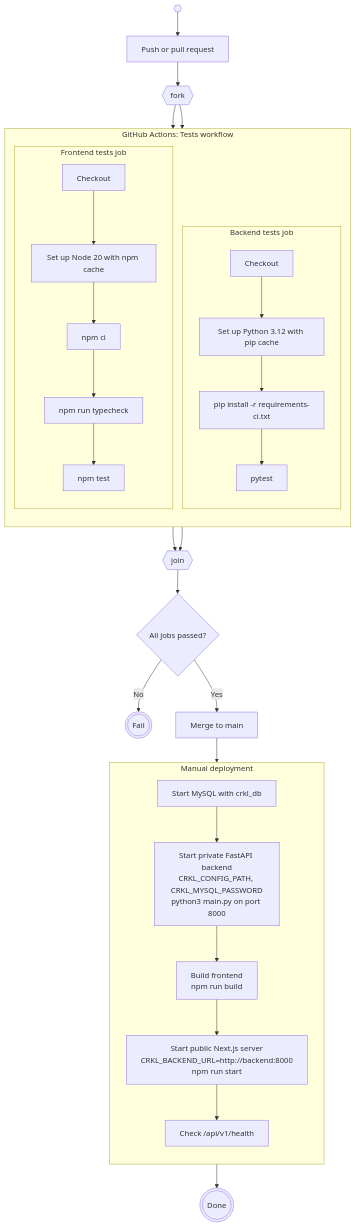
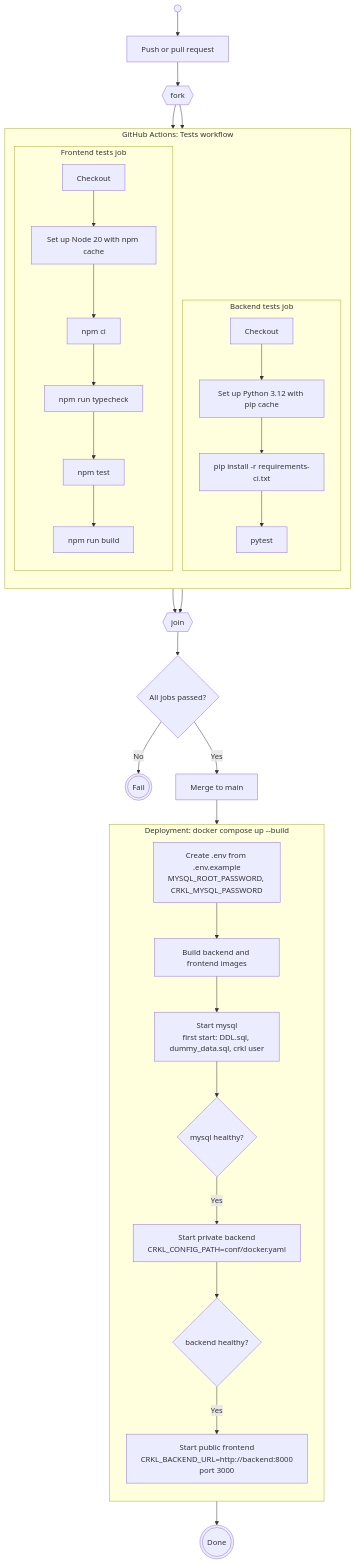
Before and after one commit to CRKL-SDSU/CRKL: the second of 2 diagrams in specs/README.md, drawn with Mermaid. The commit also changed other lines of this file and 1 other file, not shown here.

Commit message:
Drop #23 workaround and document Docker deployment
With the legacy Vite app moved out of frontend/ (#31), the frontend image
no longer needs to exclude it. Update the deploy pipeline diagram: CI now
runs a production build, and deployment uses Docker Compose with health
checks instead of manual steps. Mention scripts/dev.sh for local work.

````diff
--- a/specs/README.md
+++ b/specs/README.md
@@ -37,39 +42,42 @@
 ```mermaid
 flowchart TD
     start(( )) --> trigger[Push or pull request]
     trigger --> fork{{fork}}
 
     subgraph CI["GitHub Actions: Tests workflow"]
         direction TB
         subgraph BE["Backend tests job"]
             be1[Checkout] --> be2[Set up Python 3.12 with pip cache]
             be2 --> be3[pip install -r requirements-ci.txt]
             be3 --> be4[pytest]
         end
         subgraph FE["Frontend tests job"]
             fe1[Checkout] --> fe2[Set up Node 20 with npm cache]
             fe2 --> fe3[npm ci]
             fe3 --> fe4[npm run typecheck]
             fe4 --> fe5[npm test]
+            fe5 --> fe6[npm run build]
         end
     end
 
     fork --> be1
     fork --> fe1
     be4 --> join{{join}}
-    fe5 --> join
+    fe6 --> join
     join --> passed{All jobs passed?}
     passed -- No --> failed((( Fail )))
     passed -- Yes --> merge[Merge to main]
 
-    subgraph Manual["Manual deployment"]
+    subgraph Deploy["Deployment: docker compose up --build"]
         direction TB
-        m1[Start MySQL with crkl_db] --> m2["Start private FastAPI backend<br/>CRKL_CONFIG_PATH, CRKL_MYSQL_PASSWORD<br/>python3 main.py on port 8000"]
-        m2 --> m3["Build frontend<br/>npm run build"]
-        m3 --> m4["Start public Next.js server<br/>CRKL_BACKEND_URL=http://backend:8000<br/>npm run start"]
-        m4 --> m5[Check /api/v1/health]
+        d0["Create .env from .env.example<br/>MYSQL_ROOT_PASSWORD, CRKL_MYSQL_PASSWORD"] --> d1
+        d1["Build backend and frontend images"] --> d2
+        d2["Start mysql<br/>first start: DDL.sql, dummy_data.sql, crkl user"] --> d3{mysql healthy?}
+        d3 -- Yes --> d4["Start private backend<br/>CRKL_CONFIG_PATH=conf/docker.yaml"]
+        d4 --> d5{backend healthy?}
+        d5 -- Yes --> d6["Start public frontend<br/>CRKL_BACKEND_URL=http://backend:8000<br/>port 3000"]
     end
 
-    merge --> m1
-    m5 --> done((( Done )))
+    merge --> d0
+    d6 --> done((( Done )))
 ```
````
